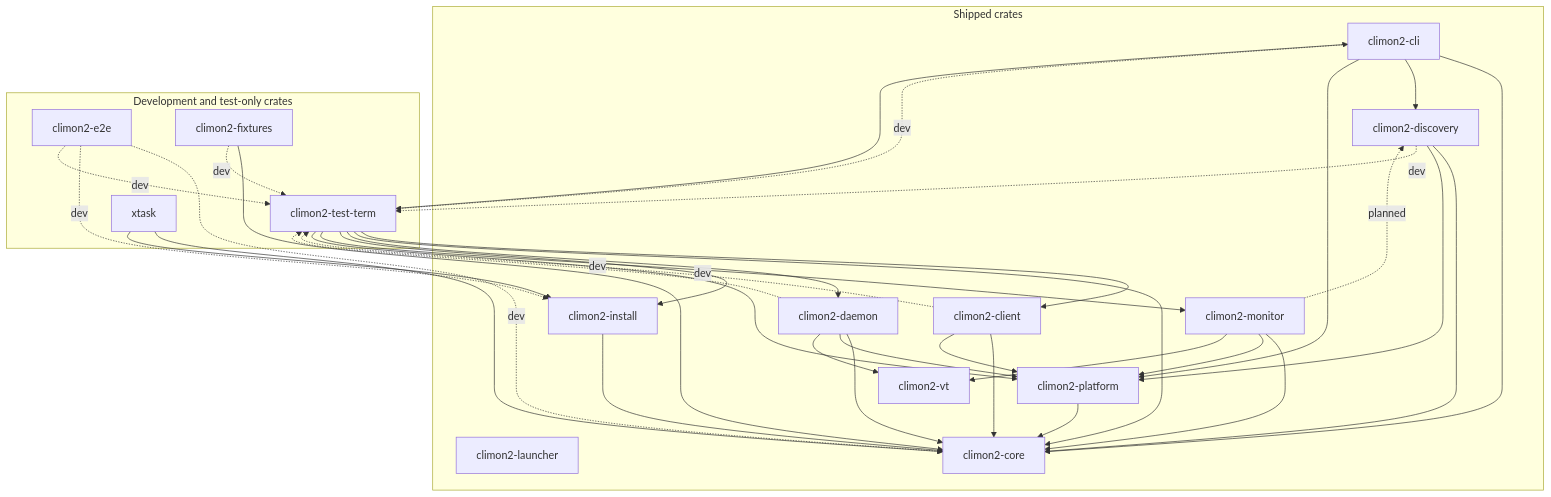
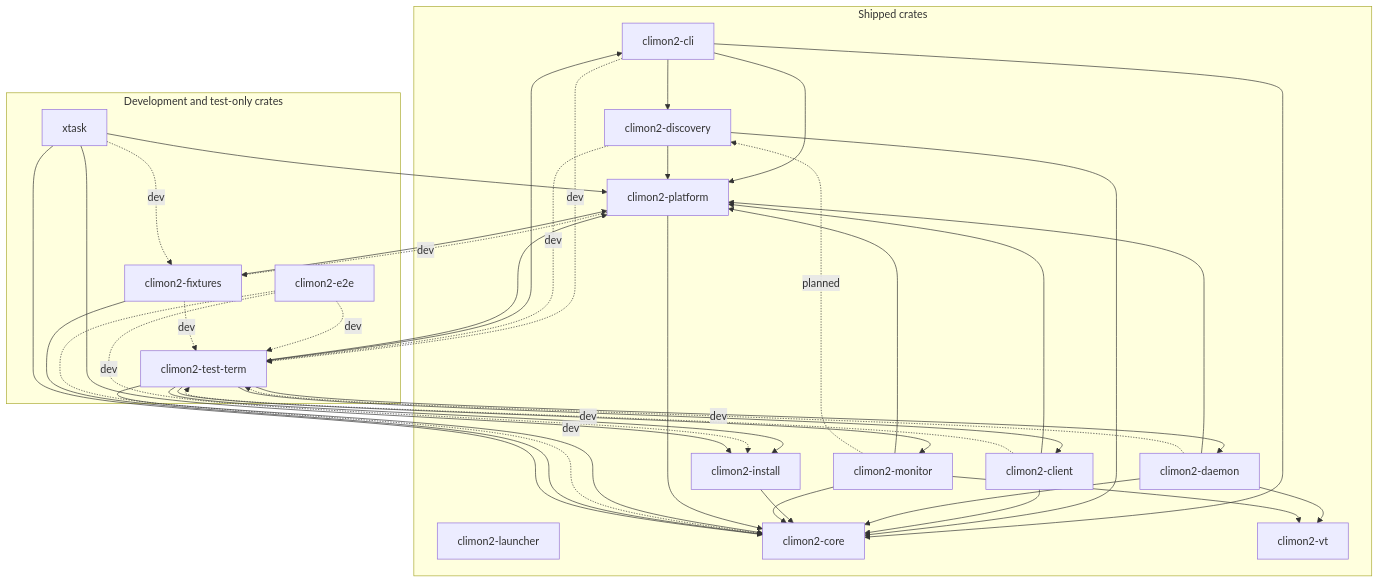
The diagram in docs/crate-relationships.md (jackgeek/climon2), drawn with Mermaid before and after one commit. The commit also changed other lines of this file and 45 other files, not shown here.

````diff
--- a/docs/crate-relationships.md
+++ b/docs/crate-relationships.md
@@ -10,59 +10,63 @@
 ```mermaid
 flowchart TB
     subgraph shipped["Shipped crates"]
         launcher["climon2-launcher"]
         cli["climon2-cli"]
         discovery["climon2-discovery"]
         client["climon2-client"]
         daemon["climon2-daemon"]
         install["climon2-install"]
         monitor["climon2-monitor"]
         platform["climon2-platform"]
         core["climon2-core"]
         vt["climon2-vt"]
 
         cli --> core
         cli --> discovery
         cli --> platform
         discovery --> core
         discovery --> platform
         client --> core
         client --> platform
         daemon --> core
         daemon --> platform
         daemon --> vt
         install --> core
         monitor --> core
         monitor --> platform
         monitor --> vt
         platform --> core
     end
 
     subgraph development["Development and test-only crates"]
         test_term["climon2-test-term"]
         e2e["climon2-e2e"]
         fixtures["climon2-fixtures"]
         xtask["xtask"]
     end
 
     cli -.->|"dev"| test_term
     discovery -.->|"dev"| test_term
     client -.->|"dev"| test_term
     daemon -.->|"dev"| test_term
     test_term --> cli
     test_term --> client
     test_term --> core
     test_term --> daemon
     test_term --> install
     test_term --> monitor
     test_term --> platform
     e2e -.->|"dev"| core
     e2e -.->|"dev"| install
     e2e -.->|"dev"| test_term
     fixtures --> core
+    fixtures --> platform
     fixtures -.->|"dev"| test_term
+    platform -.->|"dev"| fixtures
     xtask --> core
     xtask --> install
+    xtask --> platform
+    xtask -.->|"dev"| fixtures
 
     monitor -.->|"planned"| discovery
 ```
````
